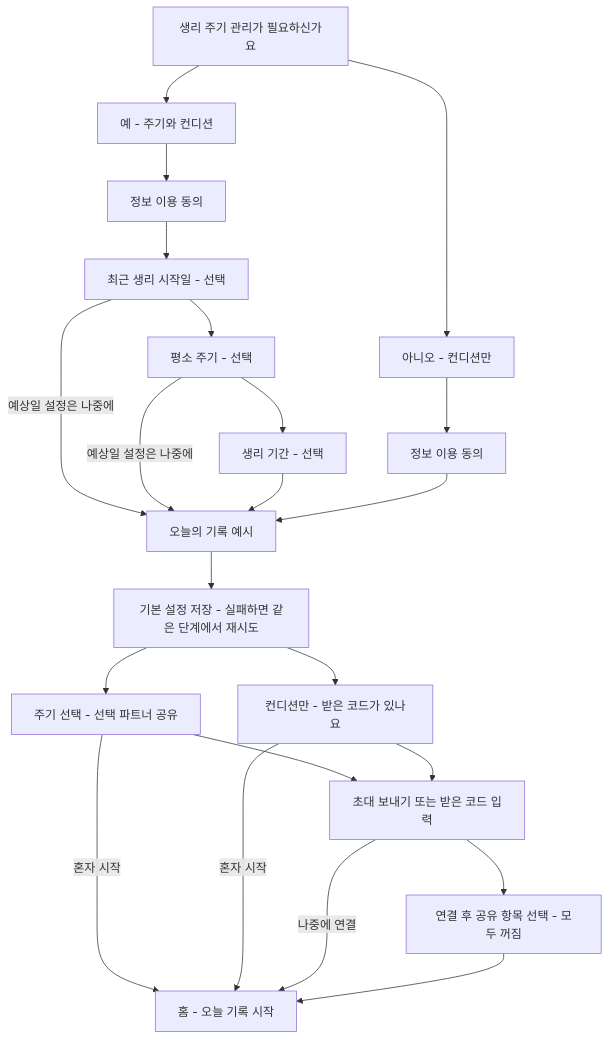
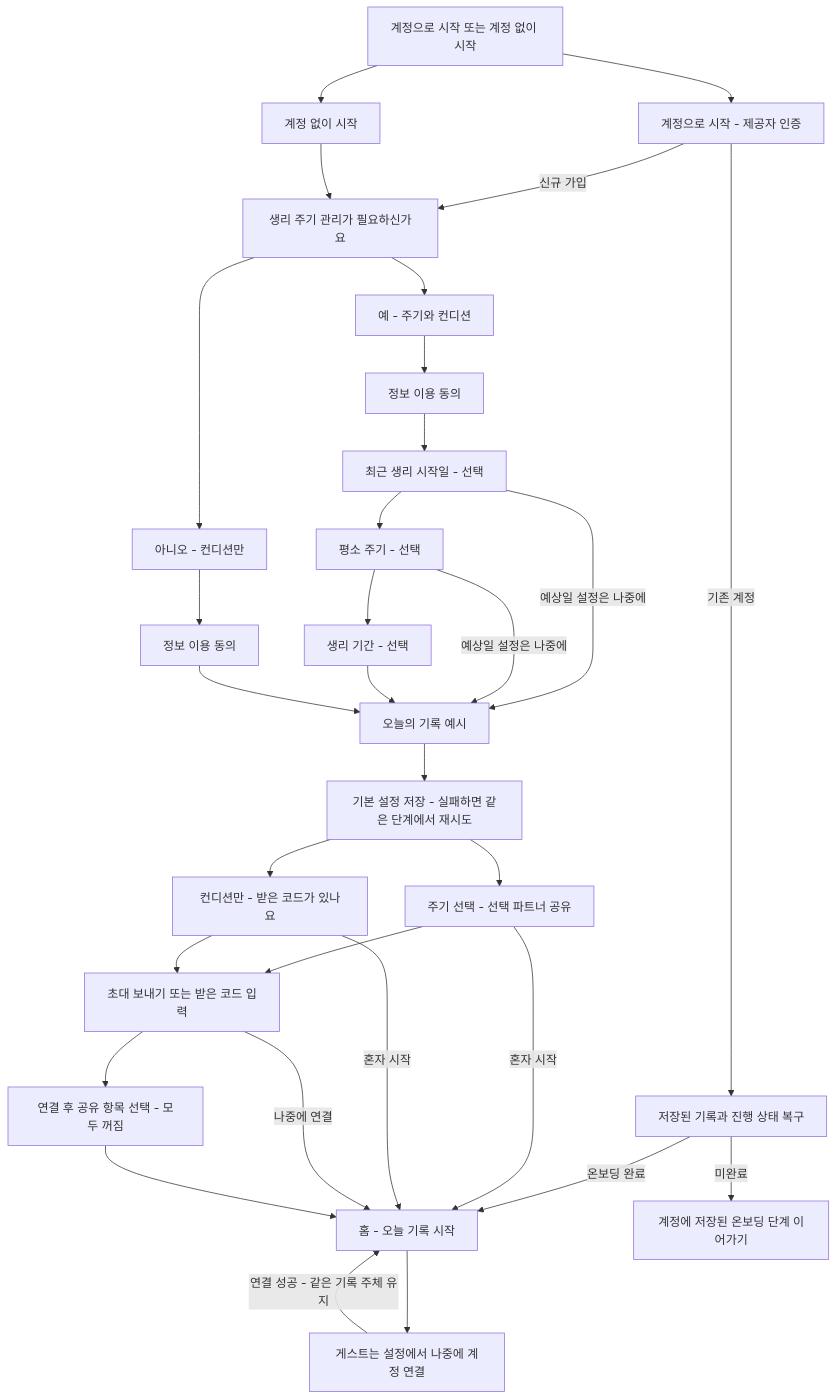
One commit to seorilabs/cycle-pair changed the diagram in docs/design/2026-10-25-onboarding-navigation/design.md. Above: the diagram before and after it, drawn with Mermaid. The commit also changed other lines of this file and 4 other files, not shown here.

Commit message:
계정으로 시작하고 나중에 연결하는 온보딩 반영

````diff
--- a/docs/design/2026-10-25-onboarding-navigation/design.md
+++ b/docs/design/2026-10-25-onboarding-navigation/design.md
@@ -21,24 +21,33 @@
 ```mermaid
 flowchart TD
+  E["계정으로 시작 또는 계정 없이 시작"] --> A["계정으로 시작 - 제공자 인증"]
+  E --> G["계정 없이 시작"]
+  A -->|"신규 가입"| Q["생리 주기 관리가 필요하신가요"]
+  A -->|"기존 계정"| O["저장된 기록과 진행 상태 복구"]
+  O -->|"온보딩 완료"| H["홈 - 오늘 기록 시작"]
+  O -->|"미완료"| U["계정에 저장된 온보딩 단계 이어가기"]
+  G --> Q
   Q["생리 주기 관리가 필요하신가요"] --> Y["예 - 주기와 컨디션"]
   Q --> N["아니오 - 컨디션만"]
   Y --> YC["정보 이용 동의"]
   N --> NC["정보 이용 동의"]
   YC --> D["최근 생리 시작일 - 선택"]
   D --> L["평소 주기 - 선택"]
   L --> P["생리 기간 - 선택"]
   D -->|"예상일 설정은 나중에"| T["오늘의 기록 예시"]
   L -->|"예상일 설정은 나중에"| T
   P --> T
   NC --> T
   T --> B["기본 설정 저장 - 실패하면 같은 단계에서 재시도"]
   B --> S["주기 선택 - 선택 파트너 공유"]
   B --> R["컨디션만 - 받은 코드가 있나요"]
   S --> I["초대 보내기 또는 받은 코드 입력"]
   R --> I
   S -->|"혼자 시작"| H["홈 - 오늘 기록 시작"]
   R -->|"혼자 시작"| H
   I --> C["연결 후 공유 항목 선택 - 모두 꺼짐"]
   I -->|"나중에 연결"| H
   C --> H
+  H --> K["게스트는 설정에서 나중에 계정 연결"]
+  K -->|"연결 성공 - 같은 기록 주체 유지"| H
 ```
````
